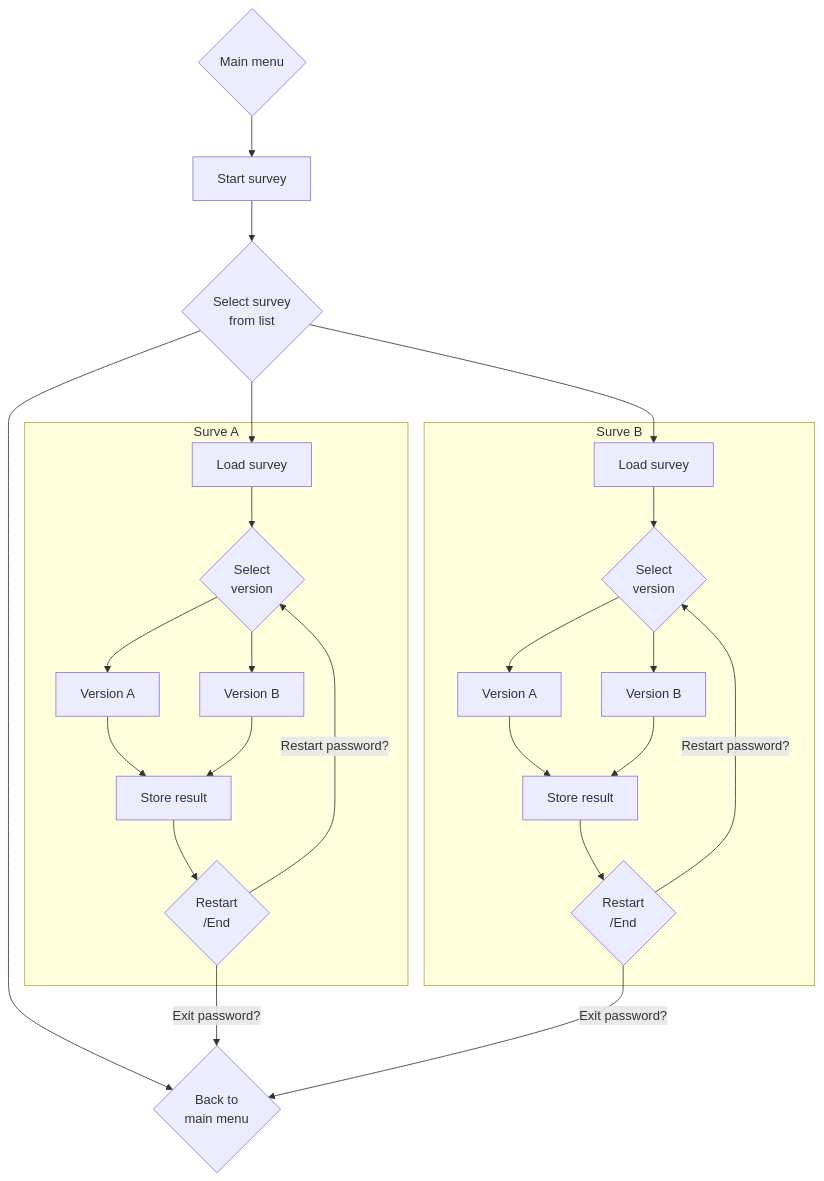
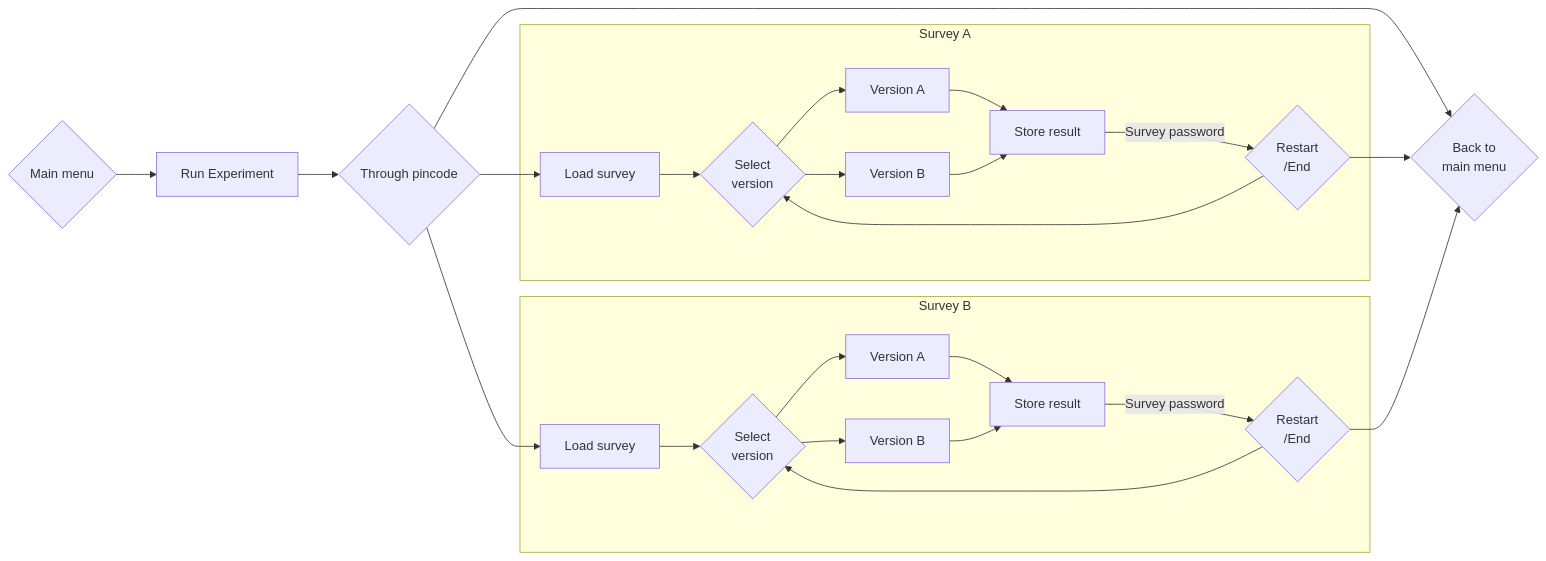
Before and after one commit to jonasreholt/SEA: the diagram in UML/activity_diagrams/fc_run_experiment_experimentee.md, drawn with Mermaid. The commit also changed 1 other file, not shown here.

Commit message:
Updated run_experiment and survey_question_relation after talk with Sippo

````diff
--- a/UML/activity_diagrams/fc_run_experiment_experimentee.md
+++ b/UML/activity_diagrams/fc_run_experiment_experimentee.md
@@ -1,28 +1,28 @@
 ```mermaid
-flowchart TD
-    Start{Main menu} -->A1[Start survey]
-    A1 --> A11{Select survey\n from list}
+flowchart LR
+    Start{Main menu} -->A1[Run Experiment]
+    A1 --> A11{Through pincode}
     A11 --> A12{Back to \n main menu}
-    subgraph Surve A
+    subgraph Survey A
     B1Start --> B1{Select \nversion}
     B1 --> B1.1[Version A]
     B1 --> B1.2[Version B]
     B1.1 --> B1Done[Store result]    
     B1.2 --> B1Done
-    B1Done --> B1Final{Restart\n/End}    
-    B1Final --> |Restart password?|B1
+    B1Done --> |Survey password|B1Final{Restart\n/End}    
+    B1Final --> B1
     end
-    B1Final --> |Exit password?|A12
+    B1Final --> A12
     A11 --> B2Start[Load survey]    
-    subgraph Surve B
+    subgraph Survey B
     B2Start --> B2{Select \nversion}
     B2 --> B2.1[Version A]
     B2 --> B2.2[Version B]
     B2.1 --> B2Done[Store result]    
     B2.2 --> B2Done
-    B2Done --> B2Final{Restart\n/End}   
-    B2Final --> |Restart password?|B2       
+    B2Done --> |Survey password|B2Final{Restart\n/End}   
+    B2Final --> B2       
     end    
     A11 --> B1Start[Load survey]
-    B2Final --> |Exit password?|A12
+    B2Final --> A12
 ```
````
